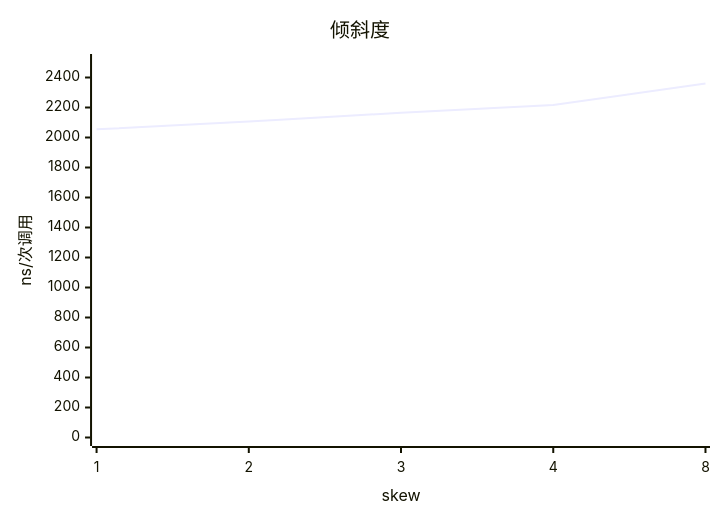
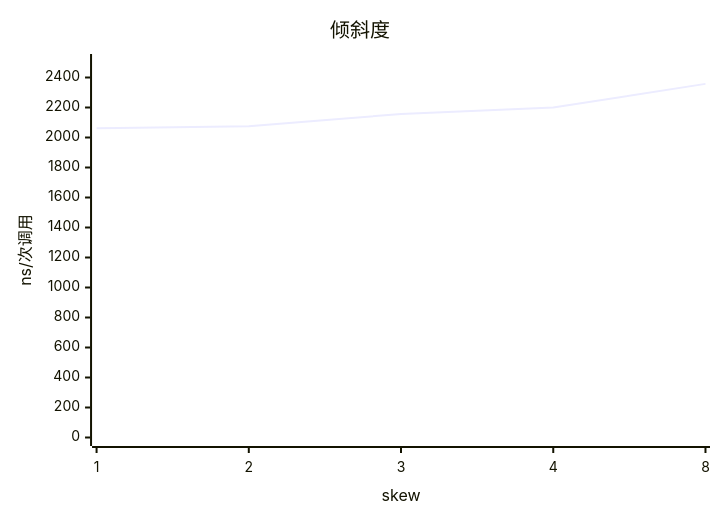
The fourth of 4 diagrams in docs/examples/h743.md (FASTSHIFT/cachecliff), drawn with Mermaid before and after one commit. The commit also changed other lines of this file and 1 other file, not shown here.

````diff
--- a/docs/examples/h743.md
+++ b/docs/examples/h743.md
@@ -81,7 +81,7 @@
 ```mermaid
 xychart-beta
     title "倾斜度"
     x-axis "skew" ["1", "2", "3", "4", "8"]
     y-axis "ns/次调用" 0 --> 2500
-    line [2054.51, 2106.09, 2164.56, 2216.88, 2359.78]
+    line [2061.05, 2075.1, 2156.74, 2199.78, 2357.51]
 ```
````
